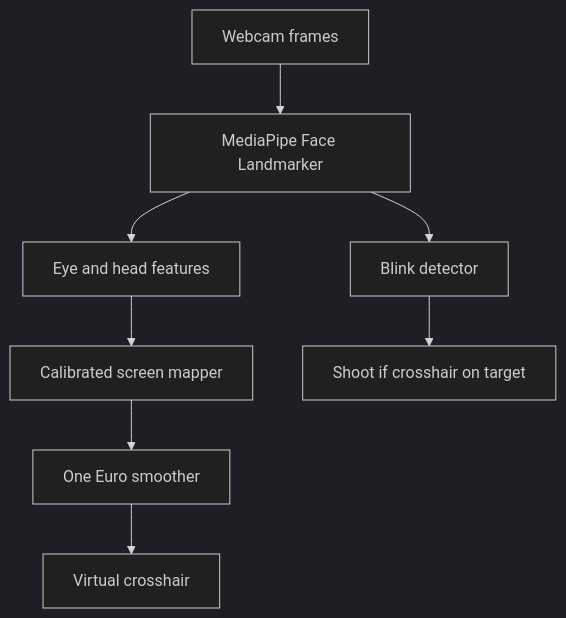
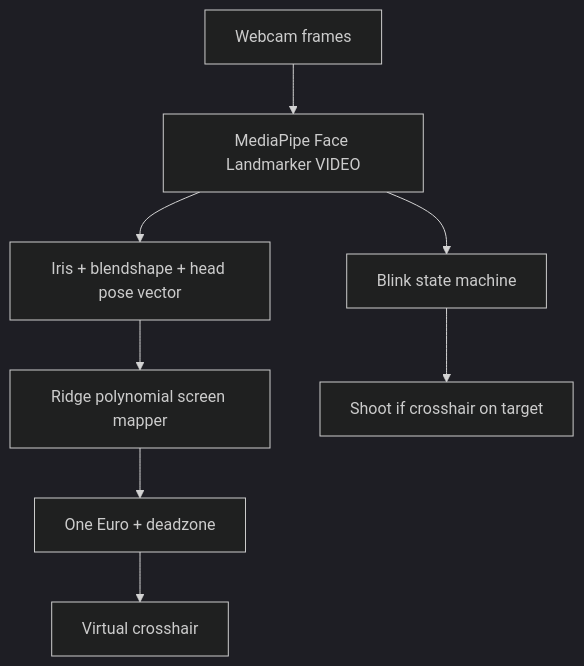
Before and after one commit to Team-Barbie/vinhack-26: the second of 2 diagrams in plan.md, drawn with Mermaid (dark theme). The commit also changed other lines of this file and 21 other files, not shown here.

````diff
--- a/plan.md
+++ b/plan.md
@@ -50,10 +70,10 @@
 ```mermaid
 flowchart TB
-  webcam[Webcam frames] --> mp[MediaPipe Face Landmarker]
-  mp --> features[Eye and head features]
-  features --> mapper[Calibrated screen mapper]
-  mapper --> filter[One Euro smoother]
+  webcam[Webcam frames] --> mp[MediaPipe Face Landmarker VIDEO]
+  mp --> features[Iris + blendshape + head pose vector]
+  features --> mapper[Ridge polynomial screen mapper]
+  mapper --> filter[One Euro + deadzone]
   filter --> cursor[Virtual crosshair]
-  mp --> blink[Blink detector]
+  mp --> blink[Blink state machine]
   blink --> click[Shoot if crosshair on target]
 ```
````
